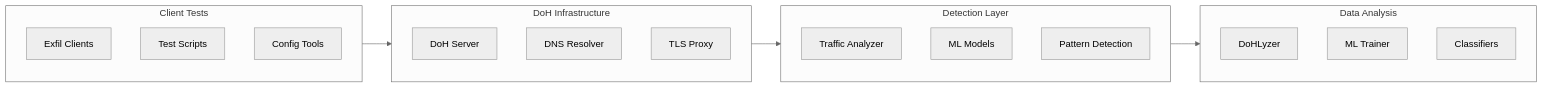
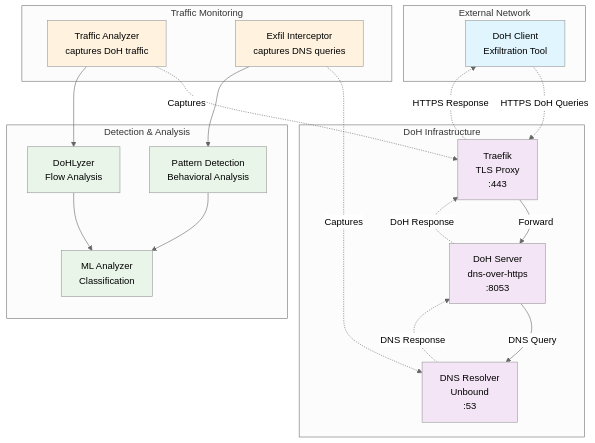
One commit to AdamLBS/DoHExfTlk changed the diagram in README.md. Above: the diagram before and after it, drawn with Mermaid (neutral theme).

Commit message:
refactor: update system architecture diagram for improved clarity and detail

````diff
--- a/README.md
+++ b/README.md
@@ -61,28 +61,52 @@
 ```mermaid
-flowchart LR
-    subgraph ClientTests[Client Tests]
-        EC[Exfil Clients]
-        TS[Test Scripts]
-        CT[Config Tools]
+flowchart TB
+    subgraph External[External Network]
+        Client[DoH Client<br/>Exfiltration Tool]
     end
 
-    subgraph DoHInfra[DoH Infrastructure]
-        DS[DoH Server]
-        DR[DNS Resolver]
-        TP[TLS Proxy]
+    subgraph Infrastructure[DoH Infrastructure]
+        Traefik[Traefik<br/>TLS Proxy<br/>:443]
+        DoHServer[DoH Server<br/>dns-over-https<br/>:8053]
+        Resolver[DNS Resolver<br/>Unbound<br/>:53]
     end
 
-    subgraph DetectionLayer[Detection Layer]
-        TA[Traffic Analyzer]
-        ML[ML Models]
-        PD[Pattern Detection]
+    subgraph Monitoring[Traffic Monitoring]
+        TrafficAnalyzer[Traffic Analyzer<br/>captures DoH traffic]
+        ExfilInterceptor[Exfil Interceptor<br/>captures DNS queries]
     end
 
-    subgraph DataAnalysis[Data Analysis]
-        DL[DoHLyzer]
-        MT[ML Trainer]
-        CL[Classifiers]
+    subgraph Analysis[Detection & Analysis]
+        DoHLyzer[DoHLyzer<br/>Flow Analysis]
+        MLAnalyzer[ML Analyzer<br/>Classification]
+        PatternDetection[Pattern Detection<br/>Behavioral Analysis]
     end
 
-    ClientTests --> DoHInfra --> DetectionLayer --> DataAnalysis
+    %% Main communication flow
+    Client -.->|HTTPS DoH Queries| Traefik
+    Traefik -->|Forward| DoHServer
+    DoHServer -->|DNS Query| Resolver
+    Resolver -.->|DNS Response| DoHServer
+    DoHServer -.->|DoH Response| Traefik
+    Traefik -.->|HTTPS Response| Client
+
+    %% Monitoring connections
+    TrafficAnalyzer -.->|Captures| Traefik
+    ExfilInterceptor -.->|Captures| Resolver
+
+    %% Analysis flow
+    TrafficAnalyzer --> DoHLyzer
+    ExfilInterceptor --> PatternDetection
+    DoHLyzer --> MLAnalyzer
+    PatternDetection --> MLAnalyzer
+
+    %% Styling
+    classDef client fill:#e1f5fe
+    classDef infra fill:#f3e5f5
+    classDef monitor fill:#fff3e0
+    classDef analysis fill:#e8f5e8
+
+    class Client client
+    class Traefik,DoHServer,Resolver infra
+    class TrafficAnalyzer,ExfilInterceptor monitor
+    class DoHLyzer,MLAnalyzer,PatternDetection analysis
 ```
````
